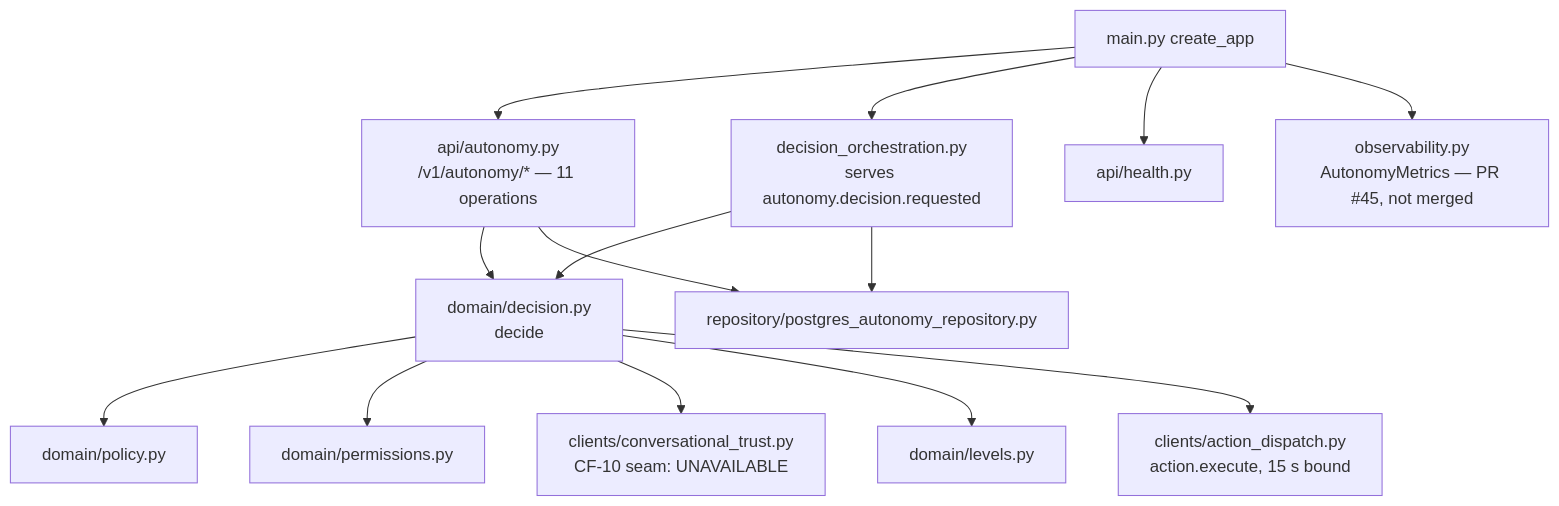
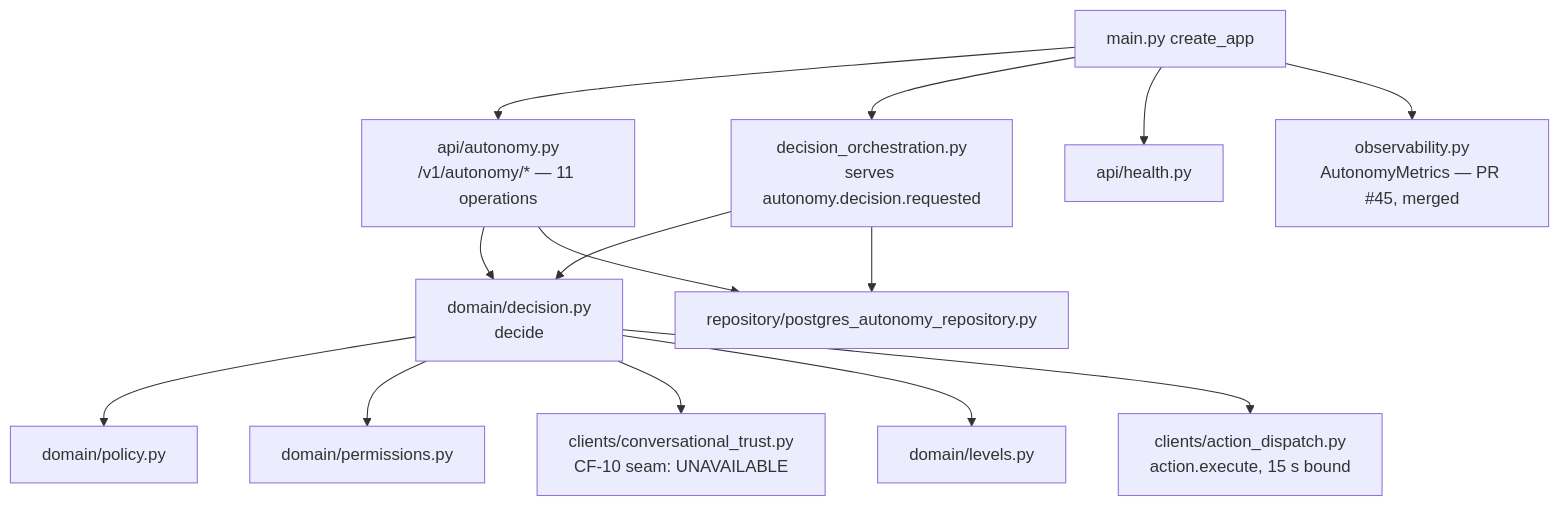
Before and after one commit to Tudor191/NOVA-PROJECT-BIBLE: the tenth of 18 diagrams in docs/design/phase-4/14-subsystem-flows-and-components.md, drawn with Mermaid. The commit also changed other lines of this file and 2 other files, not shown here.

````diff
--- a/docs/design/phase-4/14-subsystem-flows-and-components.md
+++ b/docs/design/phase-4/14-subsystem-flows-and-components.md
@@ -289,16 +325,16 @@
 ```mermaid
 graph TD
   main[main.py create_app] --> api[api/autonomy.py<br/>/v1/autonomy/* — 11 operations]
   main --> orch[decision_orchestration.py<br/>serves autonomy.decision.requested]
   main --> health[api/health.py]
   orch --> decide[domain/decision.py<br/>decide]
   api --> decide
   decide --> policy[domain/policy.py]
   decide --> perms[domain/permissions.py]
   decide --> trust[clients/conversational_trust.py<br/>CF-10 seam: UNAVAILABLE]
   decide --> levels[domain/levels.py]
   decide --> dispatch[clients/action_dispatch.py<br/>action.execute, 15 s bound]
   api --> repo[repository/postgres_autonomy_repository.py]
   orch --> repo
-  main --> obs[observability.py<br/>AutonomyMetrics — PR #45, not merged]
+  main --> obs[observability.py<br/>AutonomyMetrics — PR #45, merged]
 ```
````
